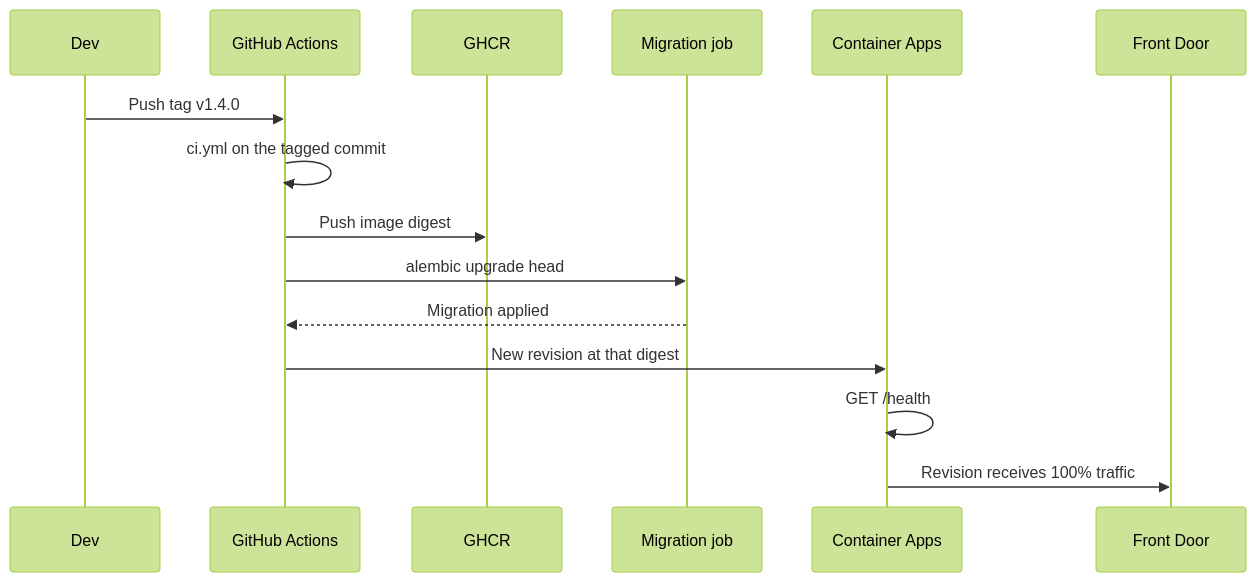
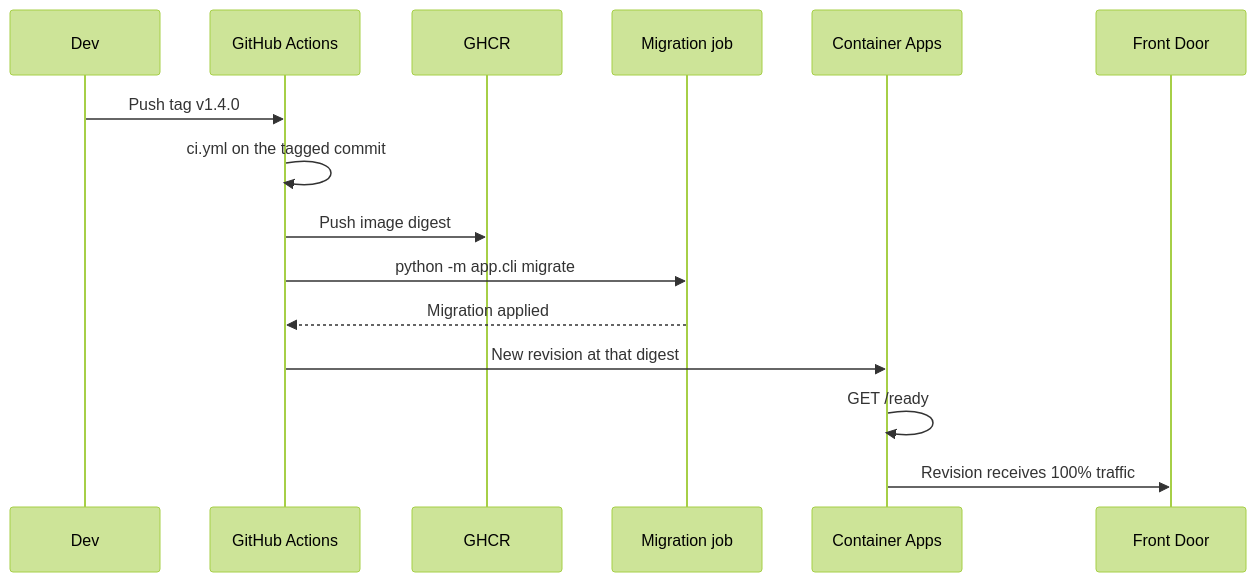
Before and after one commit to Nditah/AI-Mentor: the fourth of 6 diagrams in docs/Infrastructure.md, drawn with Mermaid (forest theme). The commit also changed other lines of this file and 333 other files, not shown here.

````diff
--- a/docs/Infrastructure.md
+++ b/docs/Infrastructure.md
@@ -183,18 +186,18 @@
 ```mermaid
 sequenceDiagram
   participant Dev
   participant GH as GitHub Actions
   participant Reg as GHCR
   participant Job as Migration job
   participant ACA as Container Apps
   participant FD as Front Door
 
   Dev->>GH: Push tag v1.4.0
   GH->>GH: ci.yml on the tagged commit
   GH->>Reg: Push image digest
-  GH->>Job: alembic upgrade head
+  GH->>Job: python -m app.cli migrate
   Job-->>GH: Migration applied
   GH->>ACA: New revision at that digest
-  ACA->>ACA: GET /health
+  ACA->>ACA: GET /ready
   ACA->>FD: Revision receives 100% traffic
 ```
````
